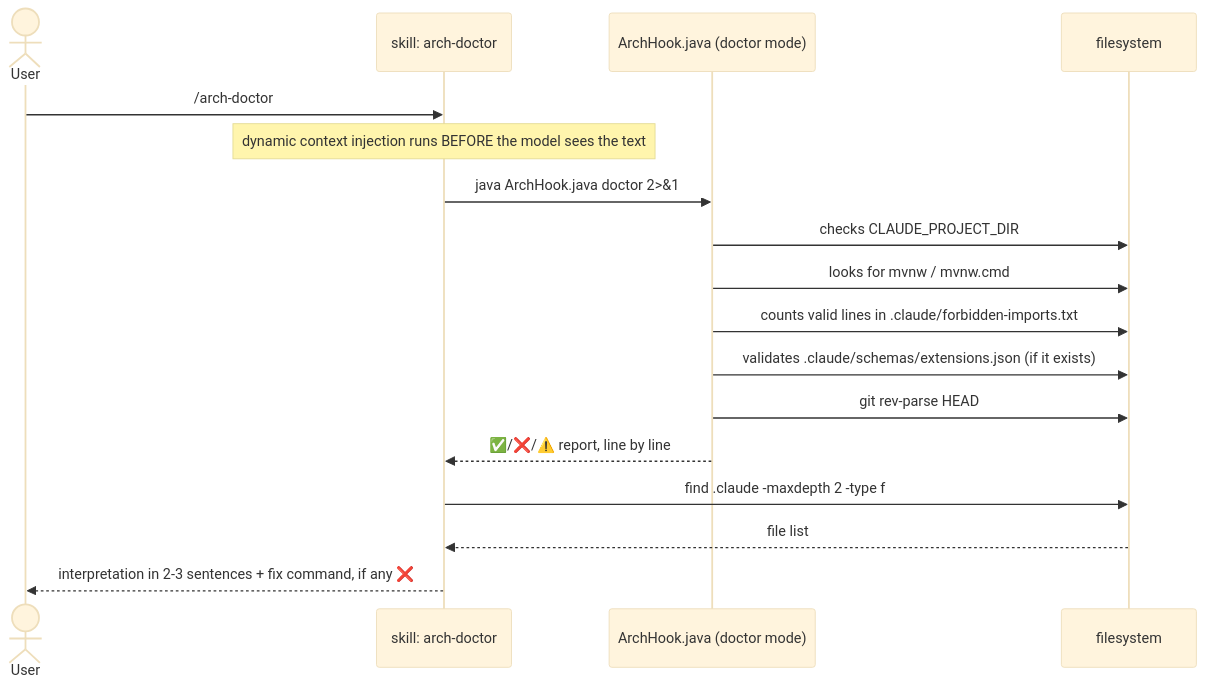
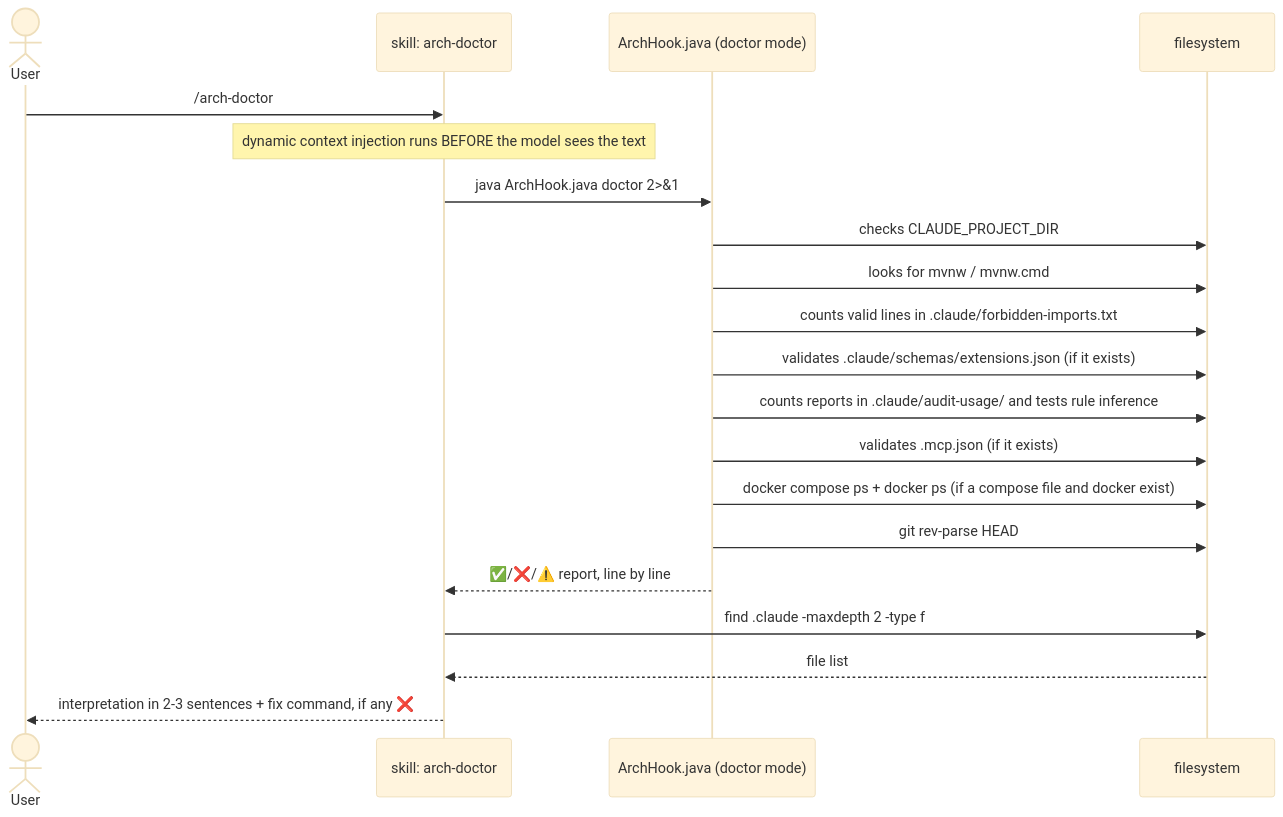
Before and after one commit to ice-lfernandes/claude-spring-architect: the diagram in docs/en/04-arch-doctor.md, drawn with Mermaid (base theme). The commit also changed other lines of this file and 20 other files, not shown here.

````diff
--- a/docs/en/04-arch-doctor.md
+++ b/docs/en/04-arch-doctor.md
@@ -35,20 +37,23 @@
 ```mermaid
 sequenceDiagram
     actor U as User
     participant CMD as skill: arch-doctor
     participant HOOK as ArchHook.java (doctor mode)
     participant FS as filesystem
 
     U->>CMD: /arch-doctor
     Note over CMD: dynamic context injection runs BEFORE the model sees the text
     CMD->>HOOK: java ArchHook.java doctor 2>&1
     HOOK->>FS: checks CLAUDE_PROJECT_DIR
     HOOK->>FS: looks for mvnw / mvnw.cmd
     HOOK->>FS: counts valid lines in .claude/forbidden-imports.txt
     HOOK->>FS: validates .claude/schemas/extensions.json (if it exists)
+    HOOK->>FS: counts reports in .claude/audit-usage/ and tests rule inference
+    HOOK->>FS: validates .mcp.json (if it exists)
+    HOOK->>FS: docker compose ps + docker ps (if a compose file and docker exist)
     HOOK->>FS: git rev-parse HEAD
     HOOK-->>CMD: ✅/❌/⚠️ report, line by line
     CMD->>FS: find .claude -maxdepth 2 -type f
     FS-->>CMD: file list
     CMD-->>U: interpretation in 2-3 sentences + fix command, if any ❌
 ```
````
